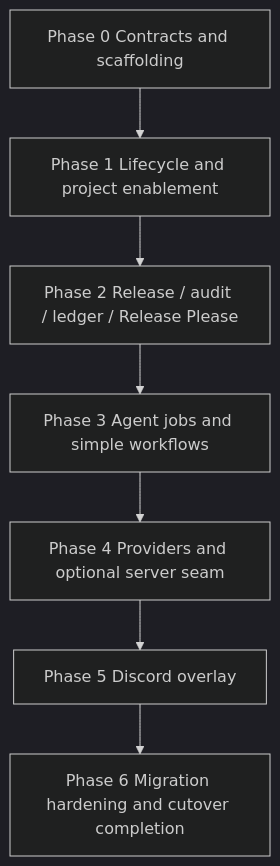
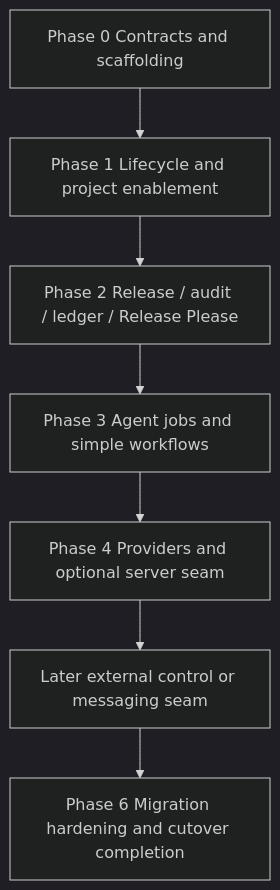
One commit to Audumla/AUDiaGentic changed the diagram in docs/specifications/architecture/01_System_Overview.md. Above: the diagram before and after it, drawn with Mermaid (dark theme). The commit also changed other lines of this file and 62 other files, not shown here.

````diff
--- a/docs/specifications/architecture/01_System_Overview.md
+++ b/docs/specifications/architecture/01_System_Overview.md
@@ -32,9 +32,9 @@
 ```mermaid
 flowchart TD
     A[Phase 0 Contracts and scaffolding] --> B[Phase 1 Lifecycle and project enablement]
     B --> C[Phase 2 Release / audit / ledger / Release Please]
     C --> D[Phase 3 Agent jobs and simple workflows]
     D --> E[Phase 4 Providers and optional server seam]
-    E --> F[Phase 5 Discord overlay]
+    E --> F[Later external control or messaging seam]
     F --> G[Phase 6 Migration hardening and cutover completion]
 ```
````
